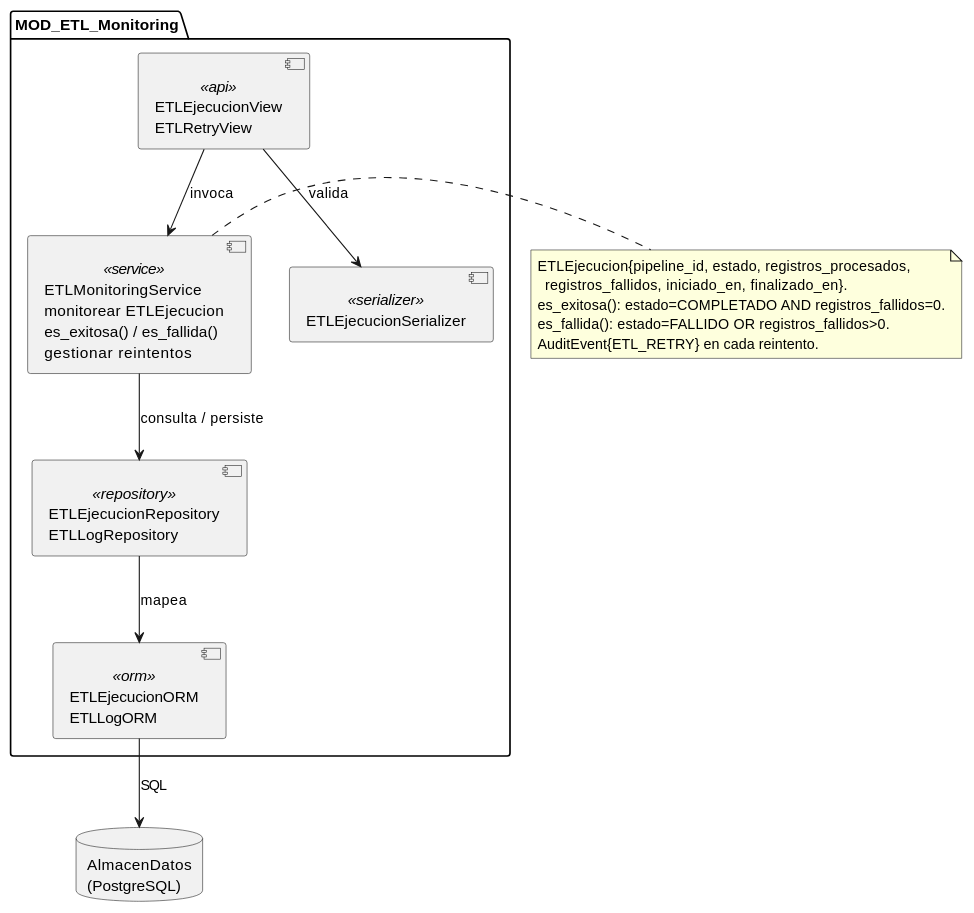
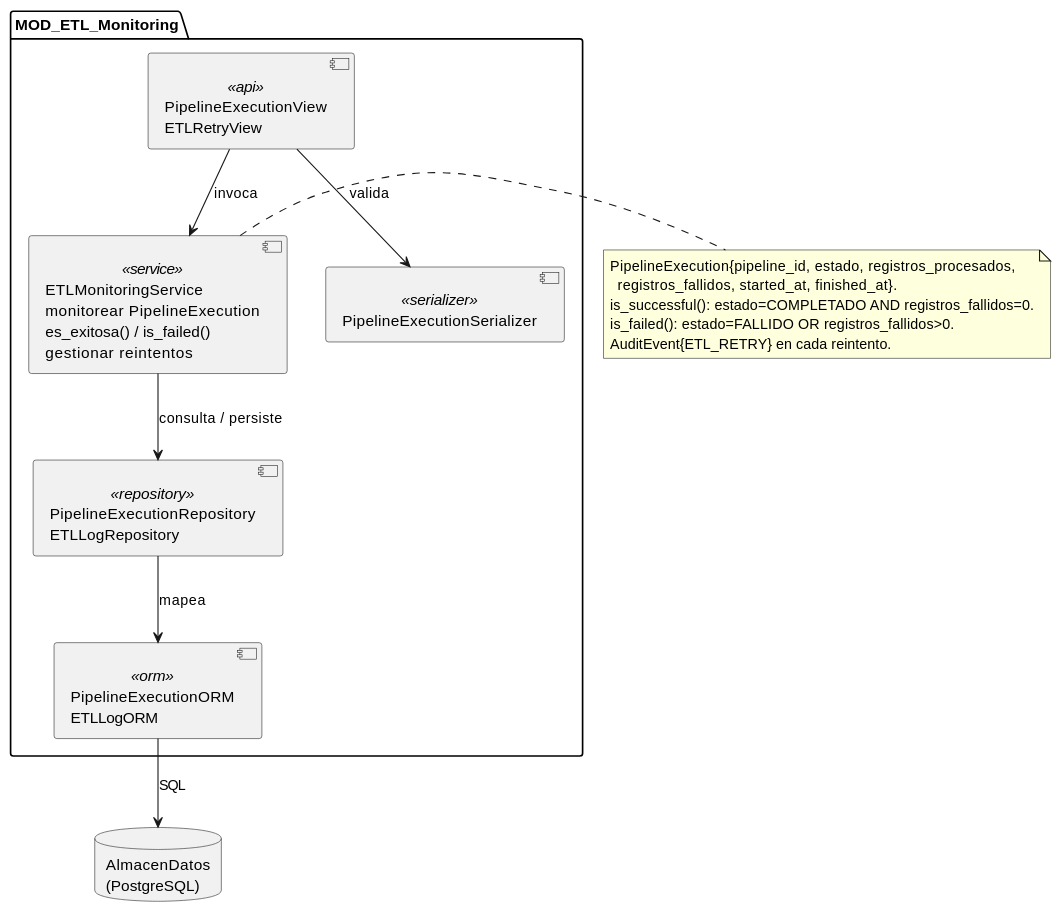
The diagram in source/arquitectura-tecnica/implementation-view/impl-pipeline.rst (jcg-admin/IACT-docs), drawn with PlantUML before and after one commit. The commit also changed other lines of this file and 96 other files, not shown here.

```diff
--- a/source/arquitectura-tecnica/implementation-view/impl-pipeline.rst
+++ b/source/arquitectura-tecnica/implementation-view/impl-pipeline.rst
@@ -23,30 +23,30 @@
 .. uml::
  :caption: Implementation View MOD_ETL_Monitoring — componentes de monitoreo de pipeline ETL.
 
  @startuml
 
  package "MOD_ETL_Monitoring" {
-   component "ETLEjecucionView\nETLRetryView" as ETLView <<api>>
-   component "ETLEjecucionSerializer" as ETLSerializer <<serializer>>
-   component "ETLMonitoringService\nmonitorear ETLEjecucion\nes_exitosa() / es_fallida()\ngestionar reintentos" as ETLService <<service>>
-   component "ETLEjecucionRepository\nETLLogRepository" as ETLRepo <<repository>>
-   component "ETLEjecucionORM\nETLLogORM" as ETLORM <<orm>>
+   component "PipelineExecutionView\nETLRetryView" as ETLView <<api>>
+   component "PipelineExecutionSerializer" as ETLSerializer <<serializer>>
+   component "ETLMonitoringService\nmonitorear PipelineExecution\nes_exitosa() / is_failed()\ngestionar reintentos" as ETLService <<service>>
+   component "PipelineExecutionRepository\nETLLogRepository" as ETLRepo <<repository>>
+   component "PipelineExecutionORM\nETLLogORM" as ETLORM <<orm>>
  }
 
  database "AlmacenDatos\n(PostgreSQL)" as AlmacenDatos
 
  ETLView --> ETLSerializer : valida
  ETLView --> ETLService : invoca
  ETLService --> ETLRepo : consulta / persiste
  ETLRepo --> ETLORM : mapea
  ETLORM --> AlmacenDatos : SQL
 
  note right of ETLService
-   ETLEjecucion{pipeline_id, estado, registros_procesados,
-     registros_fallidos, iniciado_en, finalizado_en}.
-   es_exitosa(): estado=COMPLETADO AND registros_fallidos=0.
-   es_fallida(): estado=FALLIDO OR registros_fallidos>0.
+   PipelineExecution{pipeline_id, estado, registros_procesados,
+     registros_fallidos, started_at, finished_at}.
+   is_successful(): estado=COMPLETADO AND registros_fallidos=0.
+   is_failed(): estado=FALLIDO OR registros_fallidos>0.
    AuditEvent{ETL_RETRY} en cada reintento.
  end note
 
  @enduml
```
